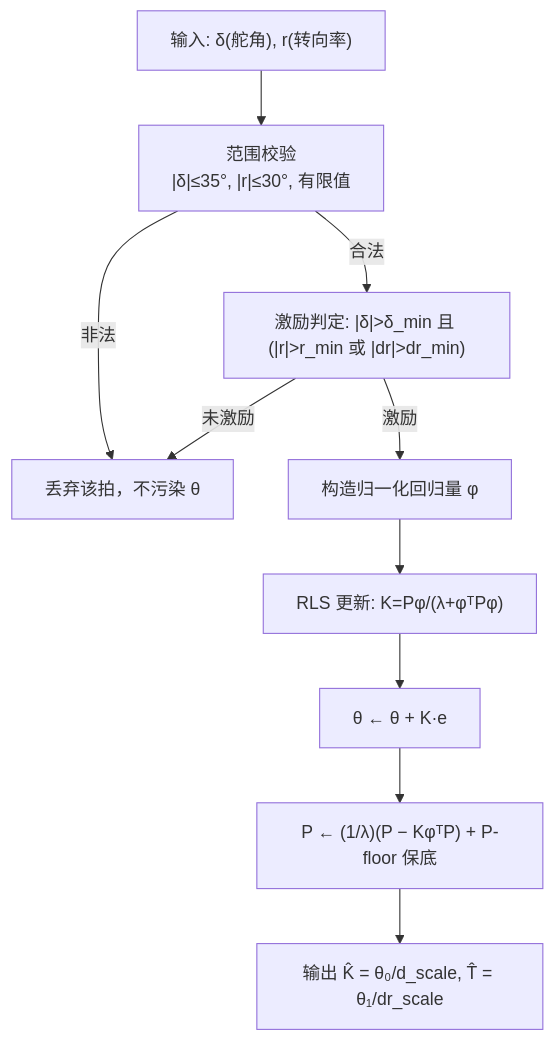
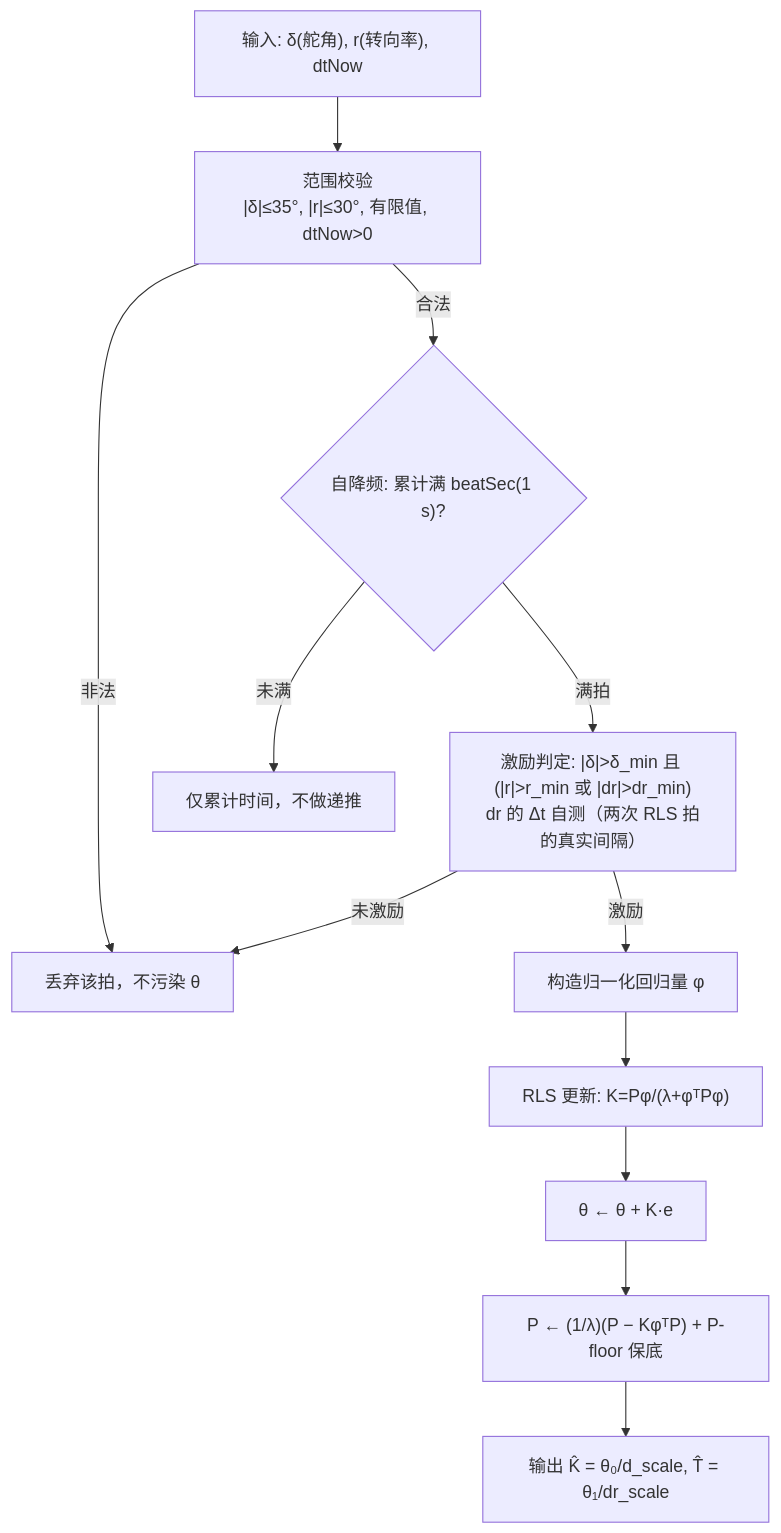
Before and after one commit to jimaka/auto_rudder: the seventh of 19 diagrams in 软件设计与架构文档.md, drawn with Mermaid. The commit also changed other lines of this file and 15 other files, not shown here.

````diff
--- a/软件设计与架构文档.md
+++ b/软件设计与架构文档.md
@@ -279,12 +338,14 @@
 ```mermaid
 flowchart TD
-    A["输入: δ(舵角), r(转向率)"] --> B["范围校验<br/>|δ|≤35°, |r|≤30°, 有限值"]
+    A["输入: δ(舵角), r(转向率), dtNow"] --> B["范围校验<br/>|δ|≤35°, |r|≤30°, 有限值, dtNow>0"]
     B -- 非法 --> C["丢弃该拍，不污染 θ"]
-    B -- 合法 --> D["激励判定: |δ|>δ_min 且 (|r|>r_min 或 |dr|>dr_min)"]
+    B -- 合法 --> DC{"自降频: 累计满 beatSec(1 s)?"}
+    DC -- 未满 --> Z["仅累计时间，不做递推"]
+    DC -- 满拍 --> D["激励判定: |δ|>δ_min 且 (|r|>r_min 或 |dr|>dr_min)<br/>dr 的 Δt 自测（两次 RLS 拍的真实间隔）"]
     D -- 未激励 --> C
     D -- 激励 --> E["构造归一化回归量 φ"]
     E --> F["RLS 更新: K=Pφ/(λ+φᵀPφ)"]
     F --> G["θ ← θ + K·e"]
     G --> H["P ← (1/λ)(P − KφᵀP) + P-floor 保底"]
     H --> I["输出 K̂ = θ₀/d_scale, T̂ = θ₁/dr_scale"]
 ```
````
